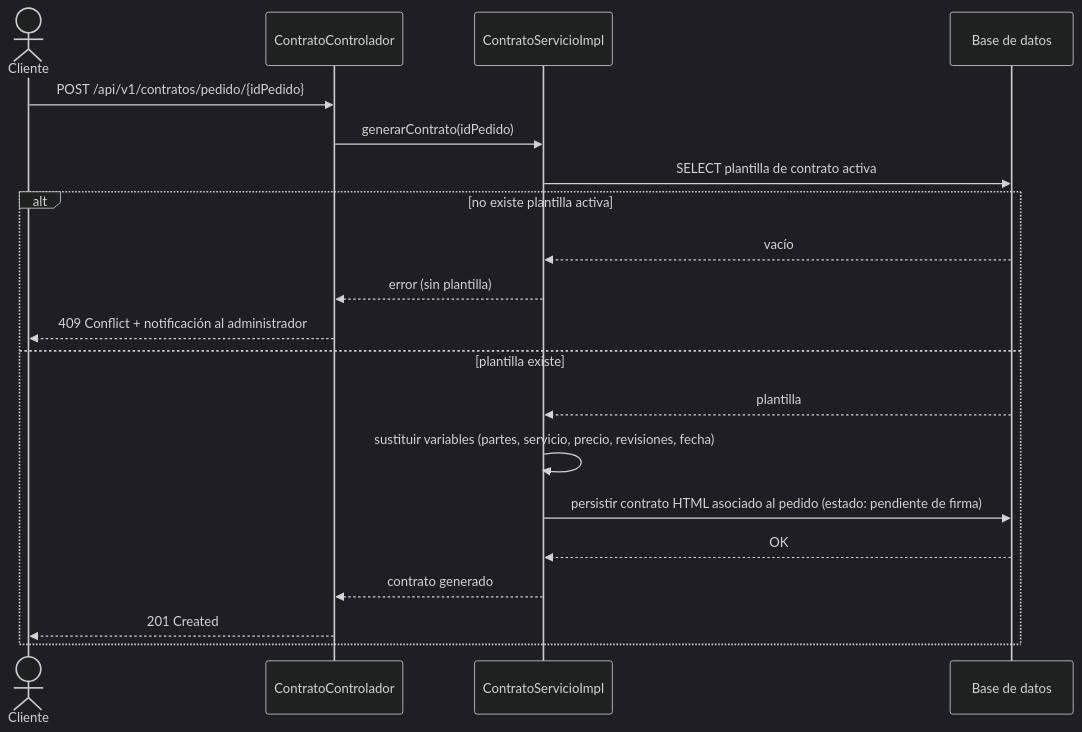
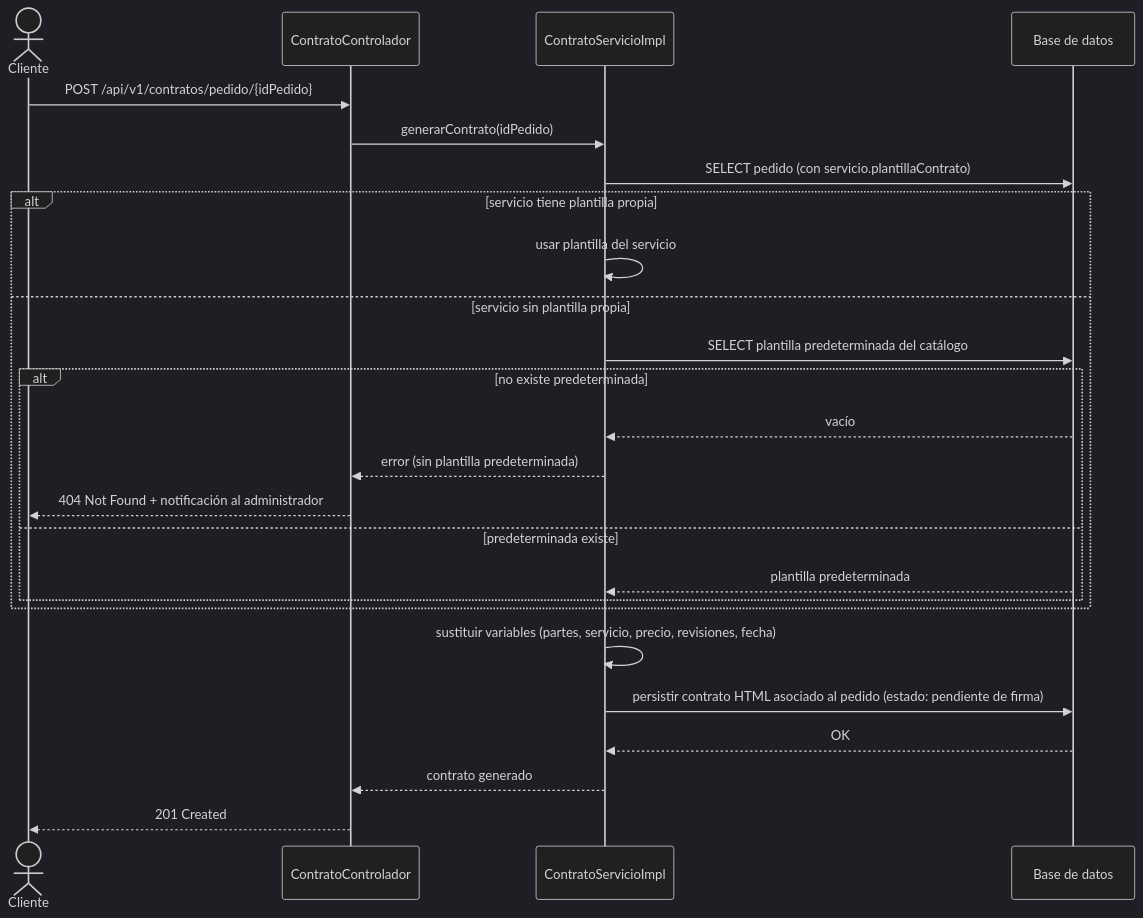
Before and after one commit to JohanCarvajal04/Proyecto-WEB-ARTISYNC: the first of 2 diagrams in docs/requisitos/casos-de-uso/CU-17-a-CU-22-legal-pedido.md, drawn with Mermaid (dark theme). The commit also changed other lines of this file and 59 other files, not shown here.

````diff
--- a/docs/requisitos/casos-de-uso/CU-17-a-CU-22-legal-pedido.md
+++ b/docs/requisitos/casos-de-uso/CU-17-a-CU-22-legal-pedido.md
@@ -31,23 +32,28 @@
 ```mermaid
 sequenceDiagram
     actor Cl as Cliente
     participant ConC as ContratoControlador
     participant ConS as ContratoServicioImpl
     participant DB as Base de datos
 
     Cl->>ConC: POST /api/v1/contratos/pedido/{idPedido}
     ConC->>ConS: generarContrato(idPedido)
-    ConS->>DB: SELECT plantilla de contrato activa
-    alt no existe plantilla activa
-        DB-->>ConS: vacío
-        ConS-->>ConC: error (sin plantilla)
-        ConC-->>Cl: 409 Conflict + notificación al administrador
-    else plantilla existe
-        DB-->>ConS: plantilla
-        ConS->>ConS: sustituir variables (partes, servicio, precio, revisiones, fecha)
-        ConS->>DB: persistir contrato HTML asociado al pedido (estado: pendiente de firma)
-        DB-->>ConS: OK
-        ConS-->>ConC: contrato generado
-        ConC-->>Cl: 201 Created
+    ConS->>DB: SELECT pedido (con servicio.plantillaContrato)
+    alt servicio tiene plantilla propia
+        ConS->>ConS: usar plantilla del servicio
+    else servicio sin plantilla propia
+        ConS->>DB: SELECT plantilla predeterminada del catálogo
+        alt no existe predeterminada
+            DB-->>ConS: vacío
+            ConS-->>ConC: error (sin plantilla predeterminada)
+            ConC-->>Cl: 404 Not Found + notificación al administrador
+        else predeterminada existe
+            DB-->>ConS: plantilla predeterminada
+        end
     end
+    ConS->>ConS: sustituir variables (partes, servicio, precio, revisiones, fecha)
+    ConS->>DB: persistir contrato HTML asociado al pedido (estado: pendiente de firma)
+    DB-->>ConS: OK
+    ConS-->>ConC: contrato generado
+    ConC-->>Cl: 201 Created
 ```
````
